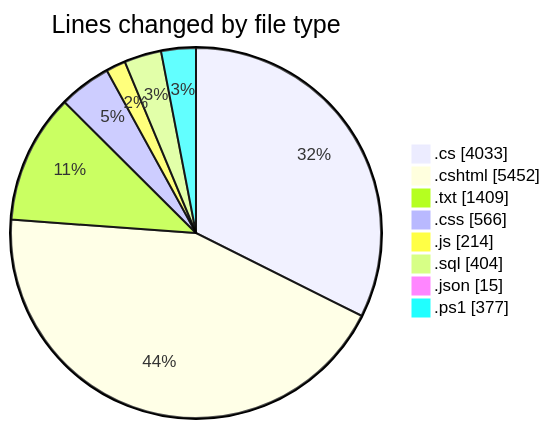
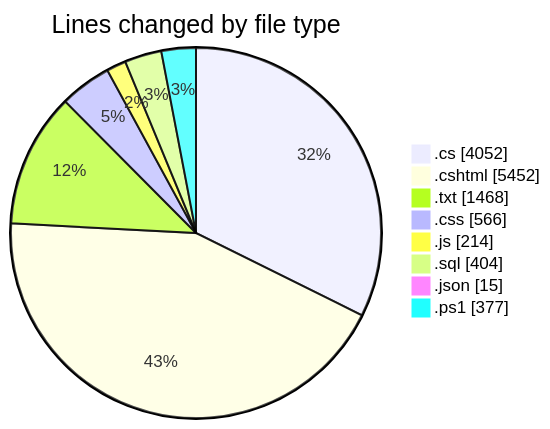
Before and after one commit to lephambinh05/code-tracking: the first of 2 diagrams in 2025-07-28/quanlyrapchieuphim-1/README.md, drawn with Mermaid. The commit also changed other lines of this file and 1 other file, not shown here.

````diff
--- a/2025-07-28/quanlyrapchieuphim-1/README.md
+++ b/2025-07-28/quanlyrapchieuphim-1/README.md
@@ -57,12 +57,12 @@
 ```mermaid
 pie showData
 title Lines changed by file type
-".cs" : 4033
+".cs" : 4052
 ".cshtml" : 5452
-".txt" : 1409
+".txt" : 1468
 ".css" : 566
 ".js" : 214
 ".sql" : 404
 ".json" : 15
 ".ps1" : 377
 ```
````
